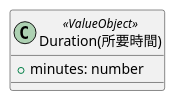
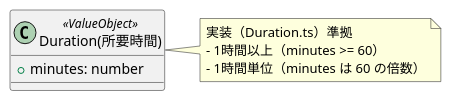
Before and after one commit to misdo-tabeyo/funny-reservation: the diagram in src/Domain/models/Booking/TimeRange/Duration/Duration.pu, drawn with PlantUML. The commit also changed 7 other files, not shown here.

Commit message:
docs: ドメインモデル図を実装に合わせて更新

```diff
--- a/src/Domain/models/Booking/TimeRange/Duration/Duration.pu
+++ b/src/Domain/models/Booking/TimeRange/Duration/Duration.pu
@@ -1,5 +1,11 @@
 @startuml Duration
 class "Duration(所要時間)" as Duration <<ValueObject>> {
   + minutes: number
 }
+
+note right of Duration
+  実装（Duration.ts）準拠
+  - 1時間以上（minutes >= 60）
+  - 1時間単位（minutes は 60 の倍数）
+end note
 @enduml
```
